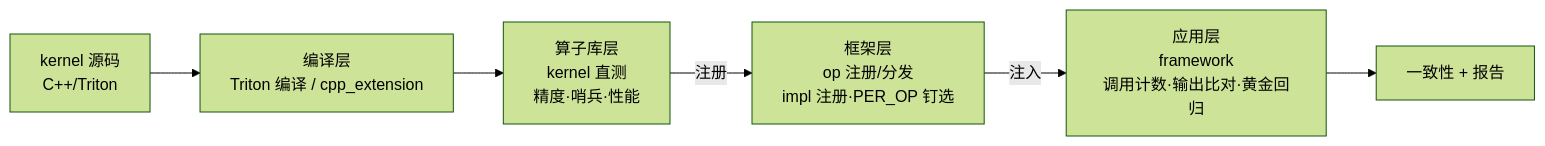
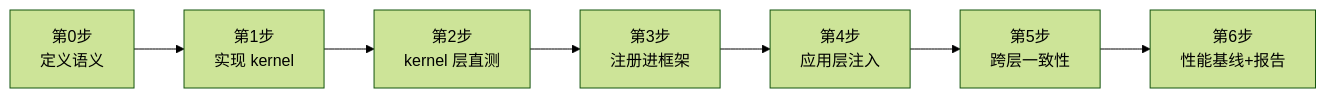
Before and after one commit to FLAG-OP/FlagOS-OP: the diagram in docs/fullstack-guide.md, drawn with Mermaid (forest theme). The commit also changed other lines of this file and 4 other files, not shown here.

````diff
--- a/docs/fullstack-guide.md
+++ b/docs/fullstack-guide.md
@@ -13,8 +12,9 @@
 ```mermaid
 flowchart LR
-    SRC["kernel 源码<br/>C++/Triton"] --> JIT["编译层<br/>Triton 编译 / cpp_extension"]
-    JIT --> L0["算子库层<br/>kernel 直测<br/>精度·哨兵·性能"]
-    L0 -->|注册| L2["框架层<br/>op 注册/分发<br/>impl 注册·PER_OP 钉选"]
-    L2 -->|注入| L4["应用层<br/>framework<br/>调用计数·输出比对·黄金回归"]
-    L4 --> FIN["一致性 + 报告"]
+    S0["第0步<br/>定义语义"] --> S1["第1步<br/>实现 kernel"]
+    S1 --> S2["第2步<br/>kernel 层直测"]
+    S2 --> S3["第3步<br/>注册进框架"]
+    S3 --> S4["第4步<br/>应用层注入"]
+    S4 --> S5["第5步<br/>跨层一致性"]
+    S5 --> S6["第6步<br/>性能基线+报告"]
 ```
````
